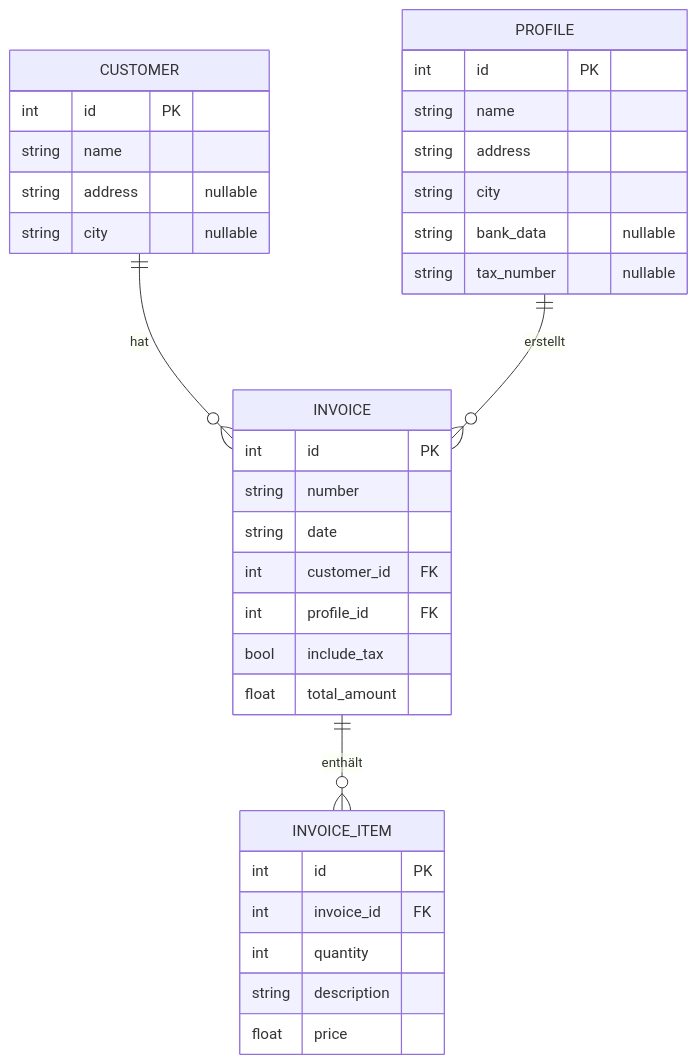
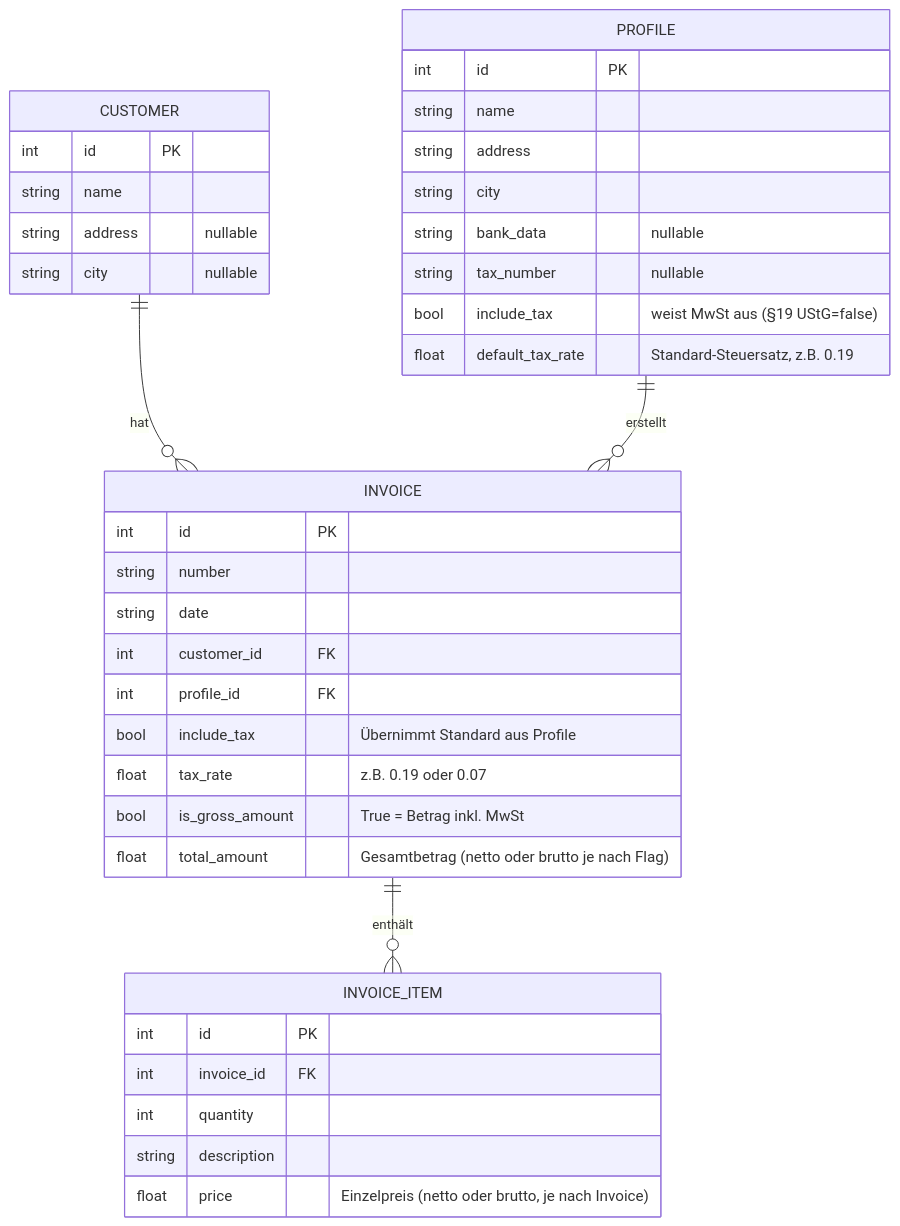
Before and after one commit to wontknow/Billino: the diagram in README.md, drawn with Mermaid.

````diff
--- a/README.md
+++ b/README.md
@@ -219,40 +219,45 @@
 ```mermaid
 erDiagram
     CUSTOMER ||--o{ INVOICE : "hat"
     PROFILE  ||--o{ INVOICE : "erstellt"
     INVOICE  ||--o{ INVOICE_ITEM : "enthält"
 
     CUSTOMER {
         int id PK
         string name
         string address "nullable"
         string city "nullable"
     }
 
     PROFILE {
         int id PK
         string name
         string address
         string city
         string bank_data "nullable"
         string tax_number "nullable"
+        bool include_tax "weist MwSt aus (§19 UStG=false)"
+        float default_tax_rate "Standard-Steuersatz, z.B. 0.19"
     }
 
     INVOICE {
         int id PK
         string number
         string date
         int customer_id FK
         int profile_id FK
-        bool include_tax
-        float total_amount
+        bool include_tax "Übernimmt Standard aus Profile"
+        float tax_rate "z.B. 0.19 oder 0.07"
+        bool is_gross_amount "True = Betrag inkl. MwSt"
+        float total_amount "Gesamtbetrag (netto oder brutto je nach Flag)"
     }
 
     INVOICE_ITEM {
         int id PK
         int invoice_id FK
         int quantity
         string description
-        float price
+        float price "Einzelpreis (netto oder brutto, je nach Invoice)"
     }
+
   ```
````
